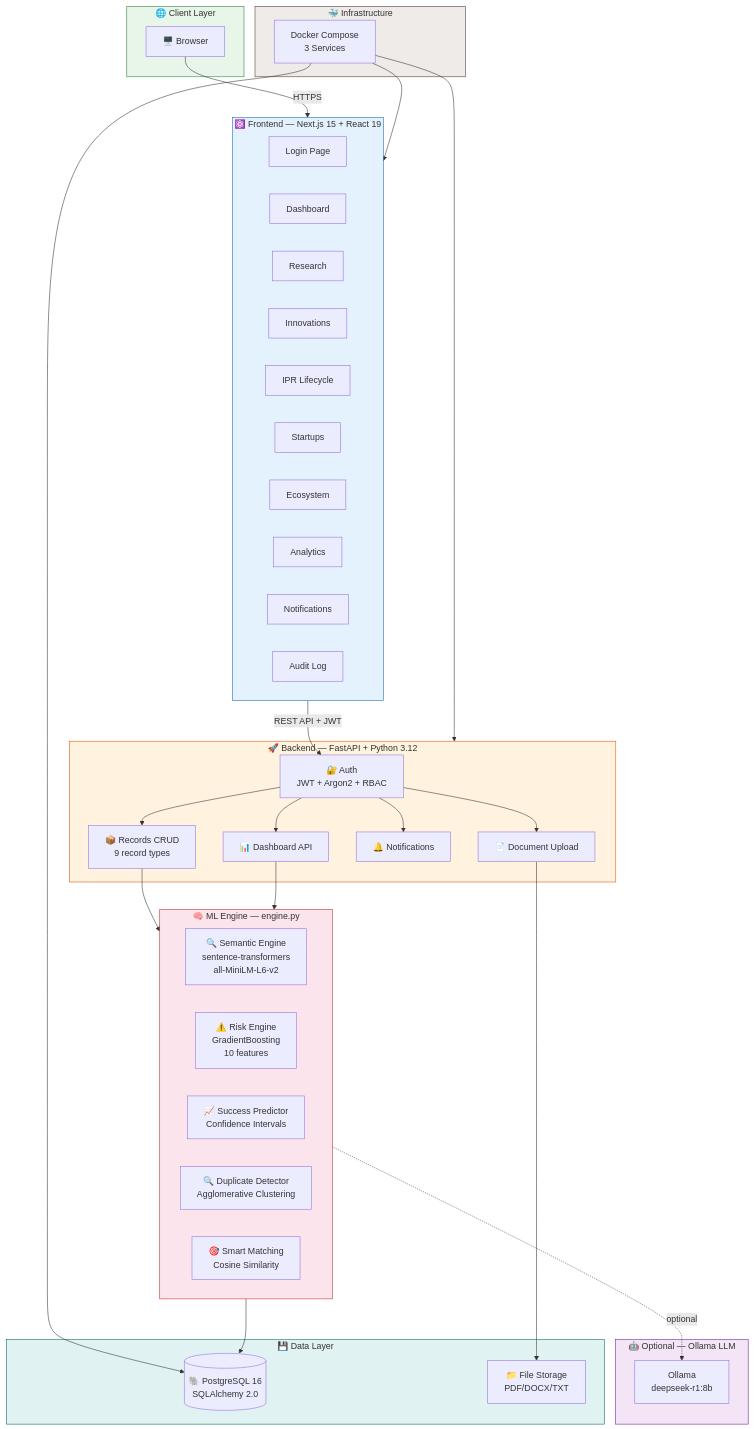
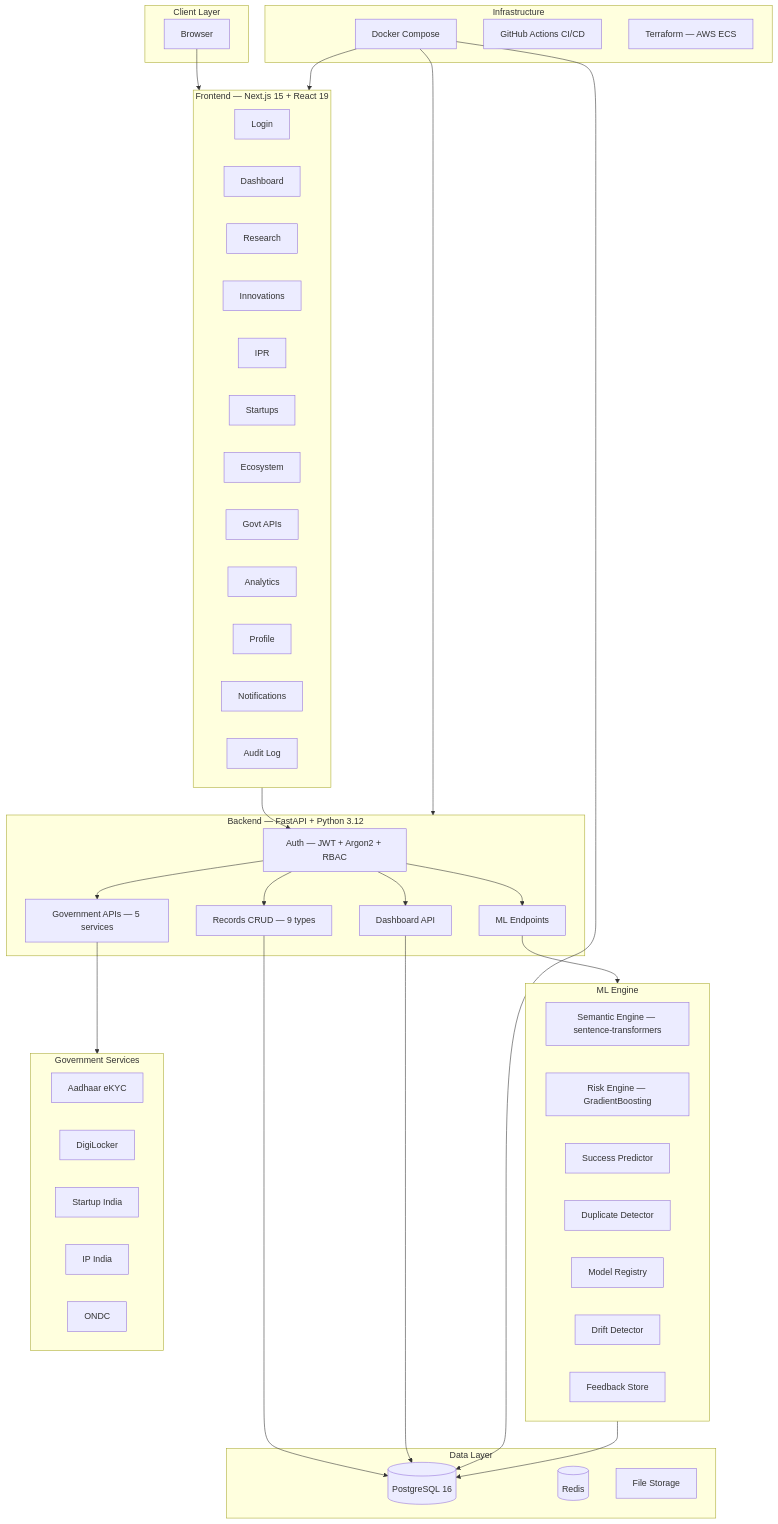
The diagram in README.md (rudrakhairnar16-bit/UdaanSetu), drawn with Mermaid before and after one commit. The commit also changed other lines of this file, not shown here.

````diff
--- a/README.md
+++ b/README.md
@@ -40,71 +41,74 @@
 ```mermaid
 graph TB
-    subgraph Client["🌐 Client Layer"]
-        Browser["🖥️ Browser"]
+    subgraph Client["Client Layer"]
+        Browser["Browser"]
     end
 
-    subgraph Frontend["⚛️ Frontend — Next.js 15 + React 19"]
-        Login["Login Page"]
+    subgraph Frontend["Frontend — Next.js 15 + React 19"]
+        Login["Login"]
         Dashboard["Dashboard"]
         Research["Research"]
         Innovations["Innovations"]
-        IPR["IPR Lifecycle"]
+        IPR["IPR"]
         Startups["Startups"]
         Ecosystem["Ecosystem"]
+        Government["Govt APIs"]
         Analytics["Analytics"]
+        Profile["Profile"]
         Notifications["Notifications"]
         Audit["Audit Log"]
     end
 
-    subgraph Backend["🚀 Backend — FastAPI + Python 3.12"]
-        Auth["🔐 Auth<br/>JWT + Argon2 + RBAC"]
-        CRUD["📦 Records CRUD<br/>9 record types"]
-        DashAPI["📊 Dashboard API"]
-        NotifyAPI["🔔 Notifications"]
-        DocAPI["📄 Document Upload"]
+    subgraph Backend["Backend — FastAPI + Python 3.12"]
+        Auth["Auth — JWT + Argon2 + RBAC"]
+        CRUD["Records CRUD — 9 types"]
+        GovAPIs["Government APIs — 5 services"]
+        MLEndpoints["ML Endpoints"]
+        DashboardAPI["Dashboard API"]
     end
 
-    subgraph MLEngine["🧠 ML Engine — engine.py"]
-        Semantic["🔍 Semantic Engine<br/>sentence-transformers<br/>all-MiniLM-L6-v2"]
-        Risk["⚠️ Risk Engine<br/>GradientBoosting<br/>10 features"]
-        Success["📈 Success Predictor<br/>Confidence Intervals"]
-        Duplicates["🔍 Duplicate Detector<br/>Agglomerative Clustering"]
-        Match["🎯 Smart Matching<br/>Cosine Similarity"]
+    subgraph MLEngine["ML Engine"]
+        Semantic["Semantic Engine — sentence-transformers"]
+        Risk["Risk Engine — GradientBoosting"]
+        Success["Success Predictor"]
+        Duplicates["Duplicate Detector"]
+        Registry["Model Registry"]
+        Drift["Drift Detector"]
+        Feedback["Feedback Store"]
     end
 
-    subgraph Optional["🤖 Optional — Ollama LLM"]
-        Ollama["Ollama<br/>deepseek-r1:8b"]
+    subgraph GovServices["Government Services"]
+        Aadhaar["Aadhaar eKYC"]
+        DigiLocker["DigiLocker"]
+        StartupIndia["Startup India"]
+        IPIndia["IP India"]
+        ONDC["ONDC"]
     end
 
-    subgraph Data["💾 Data Layer"]
-        PostgreSQL[("🐘 PostgreSQL 16<br/>SQLAlchemy 2.0")]
-        FileStore["📁 File Storage<br/>PDF/DOCX/TXT"]
+    subgraph Data["Data Layer"]
+        PostgreSQL[("PostgreSQL 16")]
+        Redis[("Redis")]
+        FileStore["File Storage"]
     end
 
-    subgraph Infra["🐳 Infrastructure"]
-        Docker["Docker Compose<br/>3 Services"]
+    subgraph Infra["Infrastructure"]
+        Docker["Docker Compose"]
+        GitHubActions["GitHub Actions CI/CD"]
+        Terraform["Terraform — AWS ECS"]
     end
 
-    Browser -->|HTTPS| Frontend
-    Frontend -->|REST API + JWT| Auth
+    Browser --> Frontend
+    Frontend --> Auth
     Auth --> CRUD
-    Auth --> DashAPI
-    Auth --> NotifyAPI
-    Auth --> DocAPI
-    CRUD --> MLEngine
-    DashAPI --> MLEngine
+    Auth --> GovAPIs
+    Auth --> MLEndpoints
+    Auth --> DashboardAPI
+    GovAPIs --> GovServices
+    MLEndpoints --> MLEngine
+    CRUD --> PostgreSQL
+    DashboardAPI --> PostgreSQL
     MLEngine --> PostgreSQL
-    DocAPI --> FileStore
-    MLEngine -.->|optional| Ollama
     Docker --> Frontend
     Docker --> Backend
     Docker --> PostgreSQL
-
-    style Client fill:#e8f5e9,stroke:#2e7d32
-    style Frontend fill:#e3f2fd,stroke:#1565c0
-    style Backend fill:#fff3e0,stroke:#e65100
-    style MLEngine fill:#fce4ec,stroke:#c62828
-    style Optional fill:#f3e5f5,stroke:#6a1b9a
-    style Data fill:#e0f2f1,stroke:#00695c
-    style Infra fill:#efebe9,stroke:#4e342e
 ```
````
